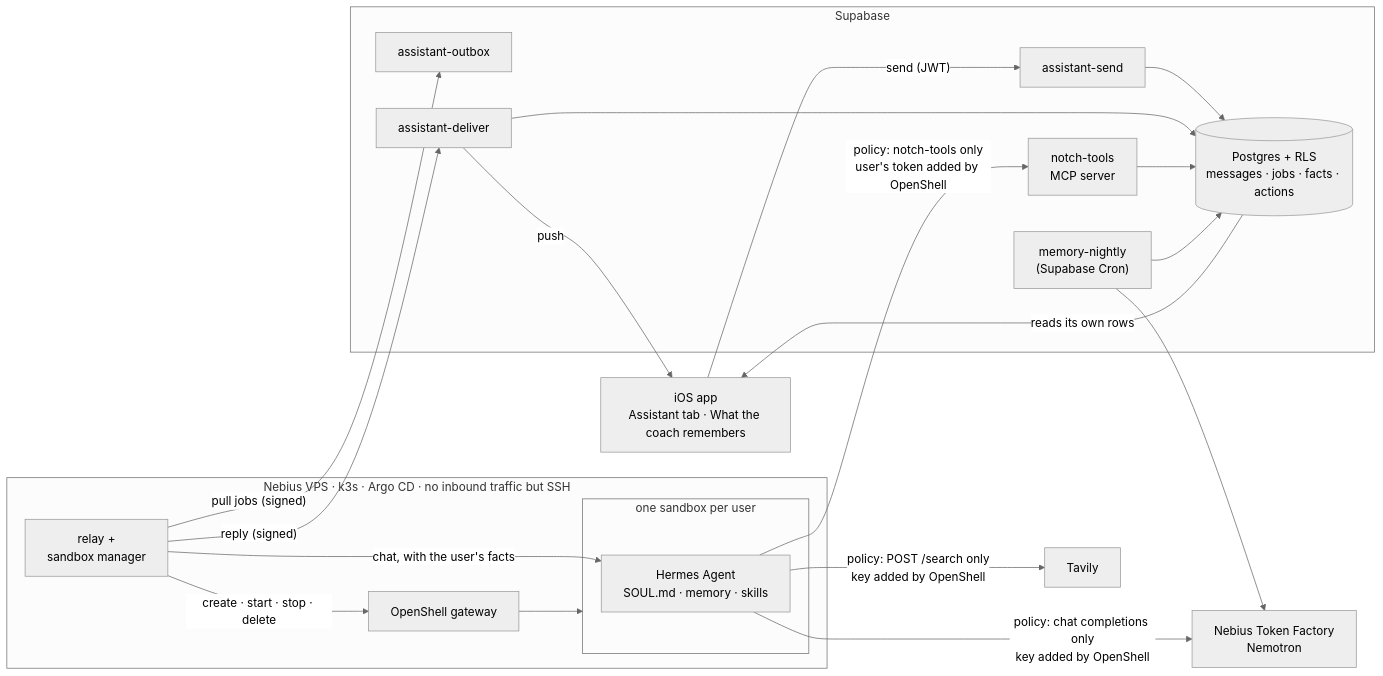
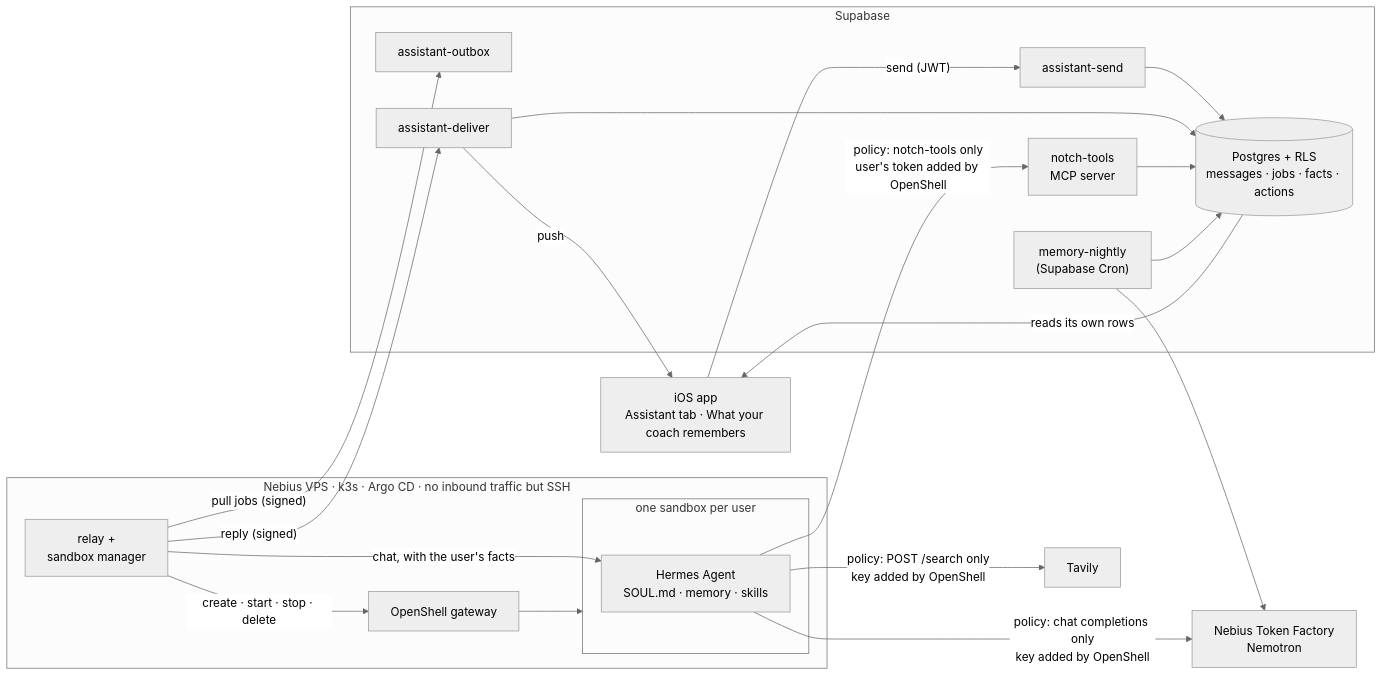
One commit to Maximal1337/AI-Gym-Coach-Nebius changed the diagram in README.md. Above: the diagram before and after it, drawn with Mermaid (neutral theme). The commit also changed other lines of this file and 1 other file, not shown here.

Commit message:
Devpost texts: Notch Coach, and the app's own screen and button names

````diff
--- a/README.md
+++ b/README.md
@@ -75,34 +75,34 @@
 ```mermaid
 flowchart LR
-  app["iOS app<br/>Assistant tab · What the coach remembers"]
+  app["iOS app<br/>Assistant tab · What your coach remembers"]
   subgraph supabase["Supabase"]
     db[("Postgres + RLS<br/>messages · jobs · facts · actions")]
     send["assistant-send"]
     outbox["assistant-outbox"]
     deliver["assistant-deliver"]
     tools["notch-tools<br/>MCP server"]
     nightly["memory-nightly<br/>(Supabase Cron)"]
   end
   subgraph vps["Nebius VPS · k3s · Argo CD · no inbound traffic but SSH"]
     relay["relay +<br/>sandbox manager"]
     gw["OpenShell gateway"]
     subgraph sb["one sandbox per user"]
       hermes["Hermes Agent<br/>SOUL.md · memory · skills"]
     end
   end
   tf["Nebius Token Factory<br/>Nemotron"]
   tavily["Tavily"]
 
   app -- "send (JWT)" --> send --> db
   db -- "reads its own rows" --> app
   relay -- "pull jobs (signed)" --> outbox
   relay -- "reply (signed)" --> deliver --> db
   deliver -- push --> app
   relay -- "create · start · stop · delete" --> gw --> sb
   relay -- "chat, with the user's facts" --> hermes
   hermes -- "policy: chat completions only<br/>key added by OpenShell" --> tf
   hermes -- "policy: POST /search only<br/>key added by OpenShell" --> tavily
   hermes -- "policy: notch-tools only<br/>user's token added by OpenShell" --> tools --> db
   nightly --> tf
   nightly --> db
 ```
````
